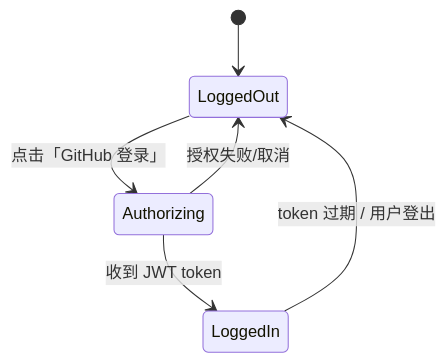
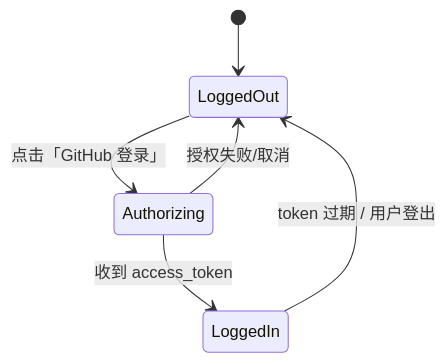
One commit to muxvo/muxvo changed diagram 27 of 28 in PRD.md. Above: the diagram before and after it, drawn with Mermaid. The commit also changed other lines of this file, not shown here.

````diff
--- a/PRD.md
+++ b/PRD.md
@@ -1160,10 +1175,10 @@
 ```mermaid
 stateDiagram-v2
     [*] --> LoggedOut
 
     LoggedOut --> Authorizing: 点击「GitHub 登录」
-    Authorizing --> LoggedIn: 收到 JWT token
+    Authorizing --> LoggedIn: 收到 access_token
     Authorizing --> LoggedOut: 授权失败/取消
 
     LoggedIn --> LoggedOut: token 过期 / 用户登出
 ```
````
